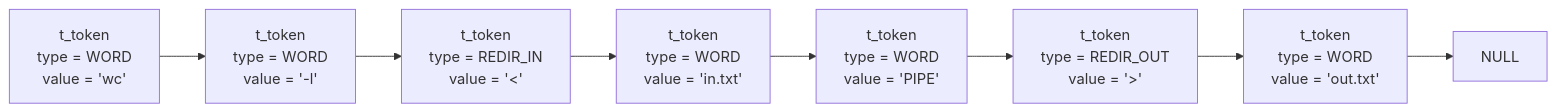
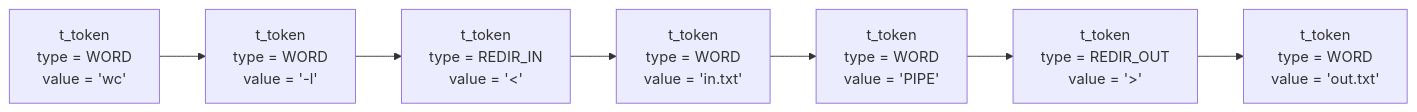
Before and after one commit to FirasAguel/minishell: the second of 2 diagrams in README.md, drawn with Mermaid.

Commit message:
fix: Remove NULL node from README diagram

````diff
--- a/README.md
+++ b/README.md
@@ -94,30 +94,28 @@
 ```mermaid
 graph LR
   A["t_token
 type = WORD
 value = 'wc'"] --> B["t_token
 type = WORD
 value = '-l'"]
 
   B --> C["t_token
 type = REDIR_IN
 value = '<'"]
 
   C --> D["t_token
 type = WORD
 value = 'in.txt'"]
 
   D --> E["t_token
 type = WORD
 value = 'PIPE'"]
 
   E --> F["t_token
 type = REDIR_OUT
 value = '>'"]
 
   F --> G["t_token
 type = WORD
 value = 'out.txt'"]
-
-  G --> NULL["NULL"]
 ```
````
